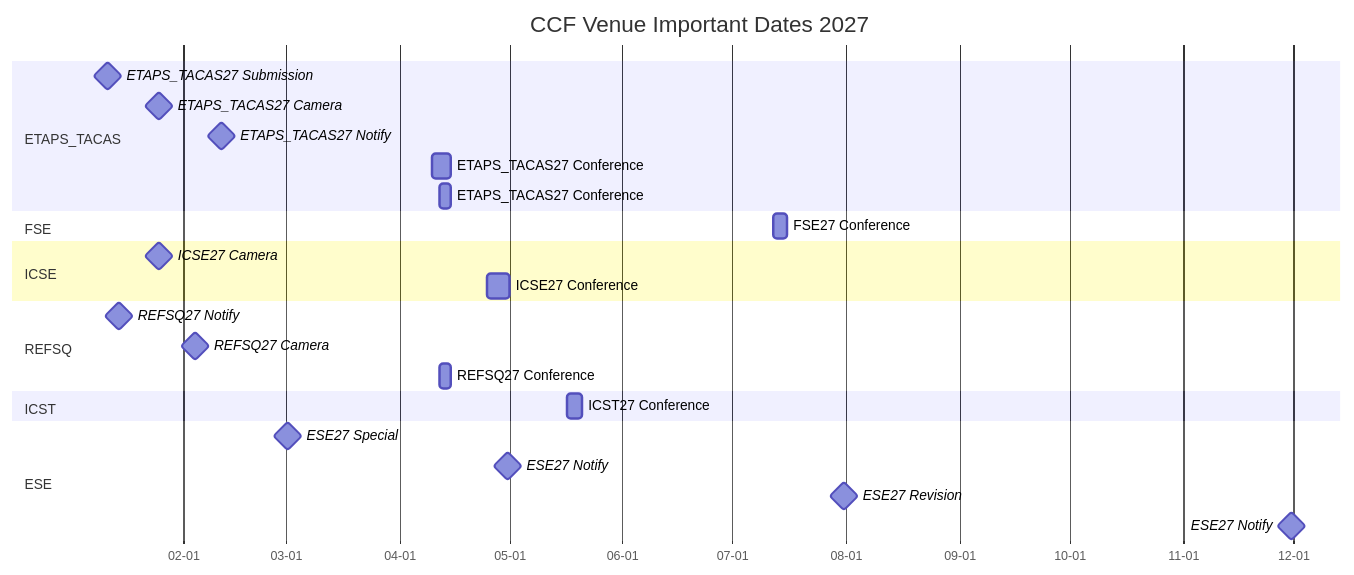
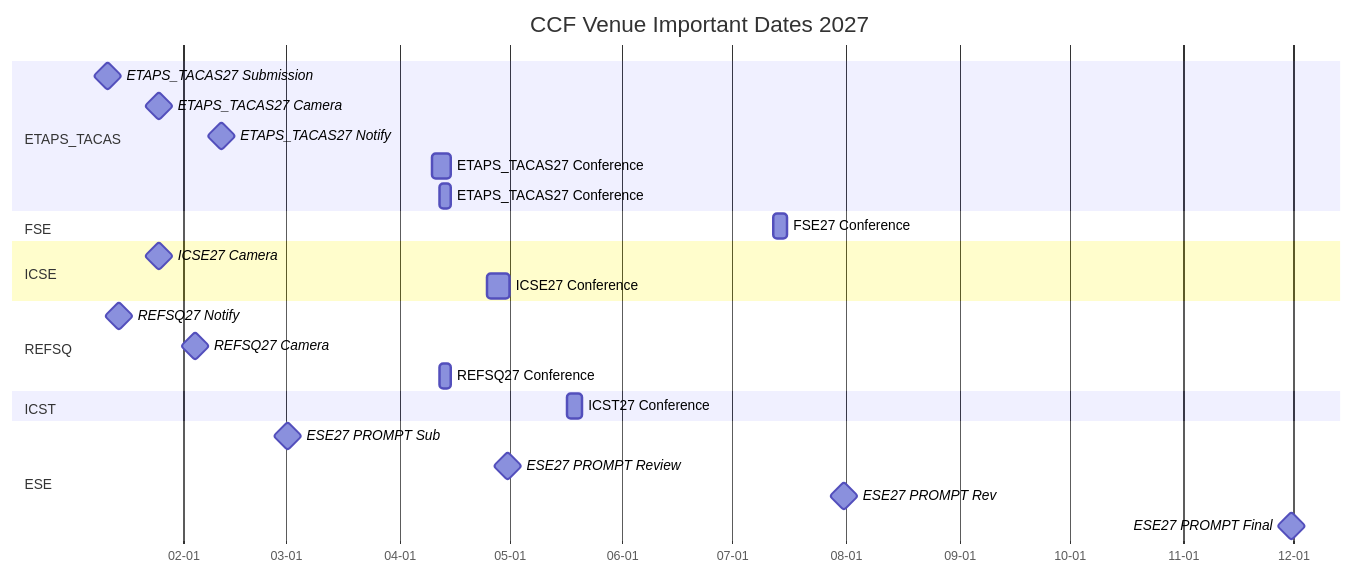
The second of 9 diagrams in ccf_venues/TIMELINE.md (HansBug/research_ideas), drawn with Mermaid before and after one commit. The commit also changed other lines of this file and 9 other files, not shown here.

````diff
--- a/ccf_venues/TIMELINE.md
+++ b/ccf_venues/TIMELINE.md
@@ -151,35 +151,35 @@
 ```mermaid
 gantt
   title CCF Venue Important Dates 2027
   dateFormat YYYY-MM-DD
   axisFormat %m-%d
 
   section ETAPS_TACAS
   ETAPS_TACAS27 Submission :milestone, etaps_tacas_2027_1_20270111, 2027-01-11, 1d
   ETAPS_TACAS27 Camera :milestone, etaps_tacas_2027_2_20270125, 2027-01-25, 1d
   ETAPS_TACAS27 Notify :milestone, etaps_tacas_2027_3_20270211, 2027-02-11, 1d
   ETAPS_TACAS27 Conference :etaps_tacas_2027_4_20270410, 2027-04-10, 2027-04-15
   ETAPS_TACAS27 Conference :etaps_tacas_2027_5_20270412, 2027-04-12, 2027-04-15
 
   section FSE
   FSE27 Conference :fse_2027_1_20270712, 2027-07-12, 2027-07-16
 
   section ICSE
   ICSE27 Camera :milestone, icse_2027_1_20270125, 2027-01-25, 1d
   ICSE27 Conference :icse_2027_2_20270425, 2027-04-25, 2027-05-01
 
   section REFSQ
   REFSQ27 Notify :milestone, refsq_2027_1_20270114, 2027-01-14, 1d
   REFSQ27 Camera :milestone, refsq_2027_2_20270204, 2027-02-04, 1d
   REFSQ27 Conference :refsq_2027_3_20270412, 2027-04-12, 2027-04-15
 
   section ICST
   ICST27 Conference :icst2027_conf, 2027-05-17, 2027-05-21
 
   section ESE
-  ESE27 Special :milestone, ese_2027_1_20270301, 2027-03-01, 1d
-  ESE27 Notify :milestone, ese_2027_2_20270430, 2027-04-30, 1d
-  ESE27 Revision :milestone, ese_2027_3_20270731, 2027-07-31, 1d
-  ESE27 Notify :milestone, ese_2027_4_20271130, 2027-11-30, 1d
+  ESE27 PROMPT Sub :milestone, ese_2027_1_20270301, 2027-03-01, 1d
+  ESE27 PROMPT Review :milestone, ese_2027_2_20270430, 2027-04-30, 1d
+  ESE27 PROMPT Rev :milestone, ese_2027_3_20270731, 2027-07-31, 1d
+  ESE27 PROMPT Final :milestone, ese_2027_4_20271130, 2027-11-30, 1d
 
 ```
````
